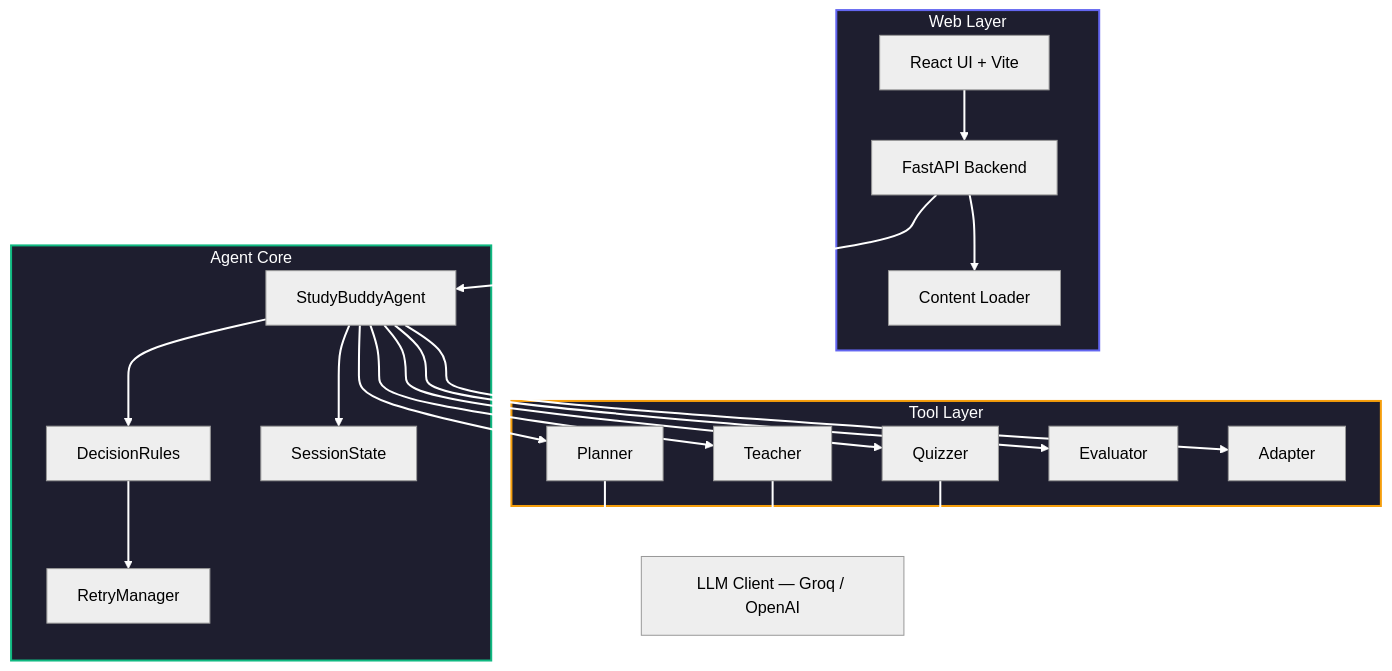
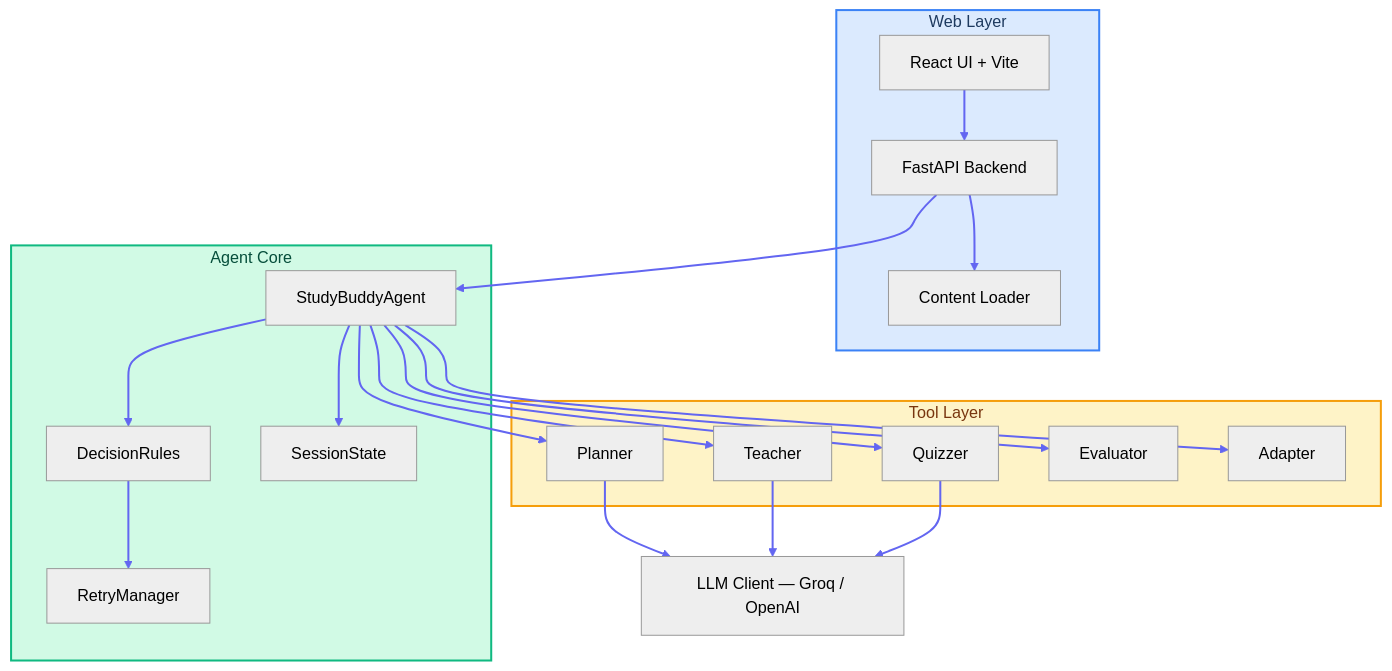
The diagram in README.md (ebinzacharias/ez-agentic-study-buddy), drawn with Mermaid (neutral theme) before and after one commit. The commit also changed 1 other file, not shown here.

````diff
--- a/README.md
+++ b/README.md
@@ -105,46 +105,46 @@
 ```mermaid
 flowchart TD
-    style WebLayer fill:#1E1E2F,stroke:#6366F1,stroke-width:2px,color:#FFFFFF
-    style AgentCore fill:#1E1E2F,stroke:#10B981,stroke-width:2px,color:#FFFFFF
-    style ToolLayer fill:#1E1E2F,stroke:#F59E0B,stroke-width:2px,color:#FFFFFF
+    style WebLayer fill:#DBEAFE,stroke:#3B82F6,stroke-width:2px,color:#1E3A5F
+    style AgentCore fill:#D1FAE5,stroke:#10B981,stroke-width:2px,color:#064E3B
+    style ToolLayer fill:#FEF3C7,stroke:#F59E0B,stroke-width:2px,color:#78350F
 
-    linkStyle default stroke:#FFFFFF,stroke-width:2px
+    linkStyle default stroke:#6366F1,stroke-width:2px
 
     subgraph WebLayer[Web Layer]
         UI[React UI + Vite]
         API[FastAPI Backend]
         CL[Content Loader]
     end
 
     subgraph AgentCore[Agent Core]
         SA[StudyBuddyAgent]
         DR[DecisionRules]
         SM[SessionState]
         RM[RetryManager]
     end
 
     subgraph ToolLayer[Tool Layer]
         PT[Planner]
         TT[Teacher]
         QT[Quizzer]
         ET[Evaluator]
         AT[Adapter]
     end
 
     LLM[LLM Client — Groq / OpenAI]
 
     UI --> API
     API --> CL
     API --> SA
     SA --> DR
     SA --> SM
     DR --> RM
     SA --> PT
     SA --> TT
     SA --> QT
     SA --> ET
     SA --> AT
     PT --> LLM
     TT --> LLM
     QT --> LLM
 ```
````
